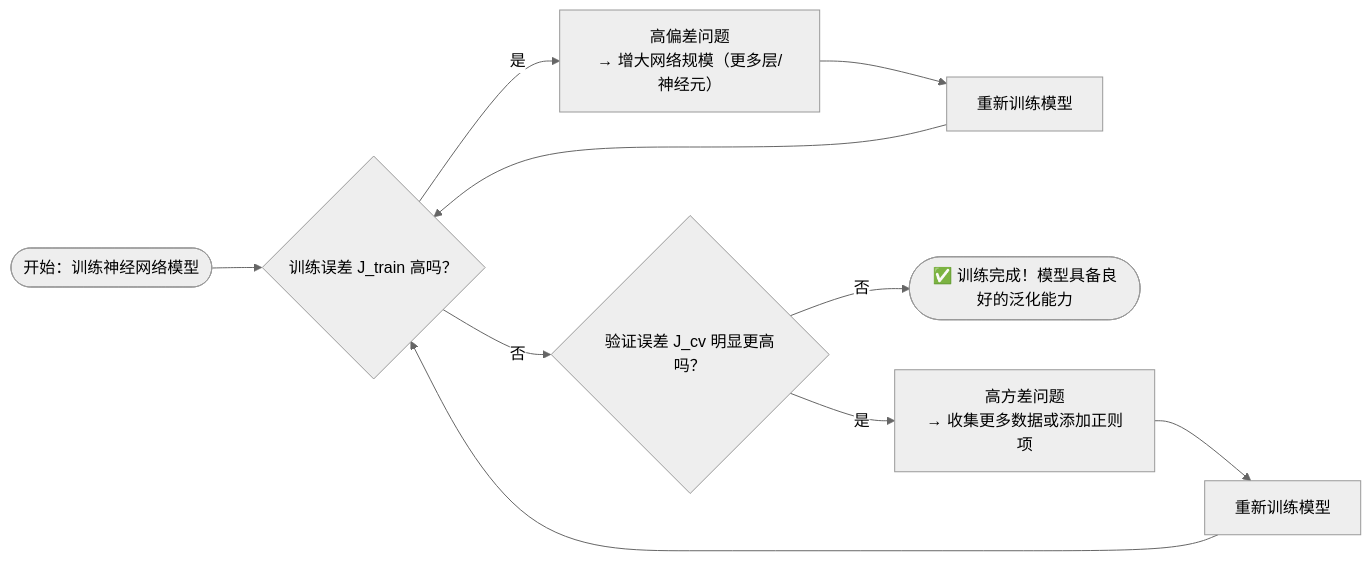
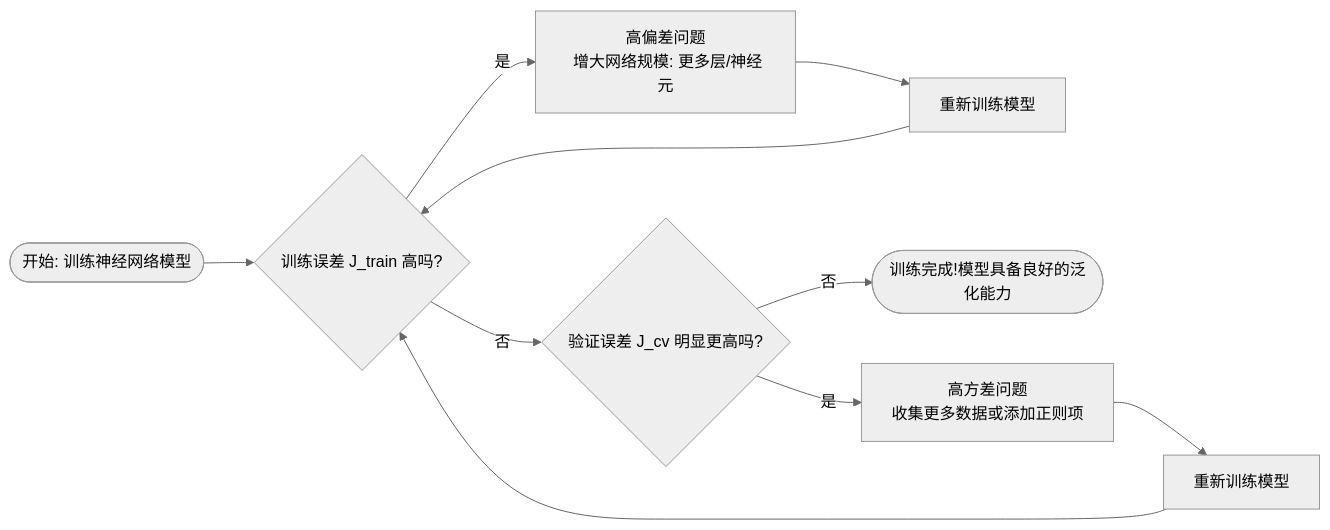
Before and after one commit to Jingqing3948/Note: the diagram in 技术学习：吴恩达机器学习.md, drawn with Mermaid (neutral theme). The commit also changed other lines of this file and 19 other files, not shown here.

````diff
--- a/技术学习：吴恩达机器学习.md
+++ b/技术学习：吴恩达机器学习.md
@@ -542,20 +543,20 @@
 ```mermaid
 
 flowchart LR
-    Start([开始：训练神经网络模型])
+    Start([开始: 训练神经网络模型])
 
-    Start --> CheckTrainError{训练误差 J_train 高吗？}
+    Start --> CheckTrainError{训练误差 J_train 高吗?}
 
-    CheckTrainError -- 是 --> HighBias[高偏差问题\n→ 增大网络规模（更多层/神经元）]
+    CheckTrainError -- 是 --> HighBias[高偏差问题<br> 增大网络规模: 更多层/神经元]
     HighBias --> Retrain1[重新训练模型]
     Retrain1 --> CheckTrainError
 
-    CheckTrainError -- 否 --> CheckValError{验证误差 J_cv 明显更高吗？}
+    CheckTrainError -- 否 --> CheckValError{验证误差 J_cv 明显更高吗?}
 
-    CheckValError -- 否 --> Done([✅ 训练完成！模型具备良好的泛化能力])
-    CheckValError -- 是 --> HighVar[高方差问题\n→ 收集更多数据或添加正则项]
+    CheckValError -- 否 --> Done([训练完成!模型具备良好的泛化能力])
+    CheckValError -- 是 --> HighVar[高方差问题<br> 收集更多数据或添加正则项]
     HighVar --> Retrain2[重新训练模型]
     Retrain2 --> CheckTrainError
 
 
 ```
````
